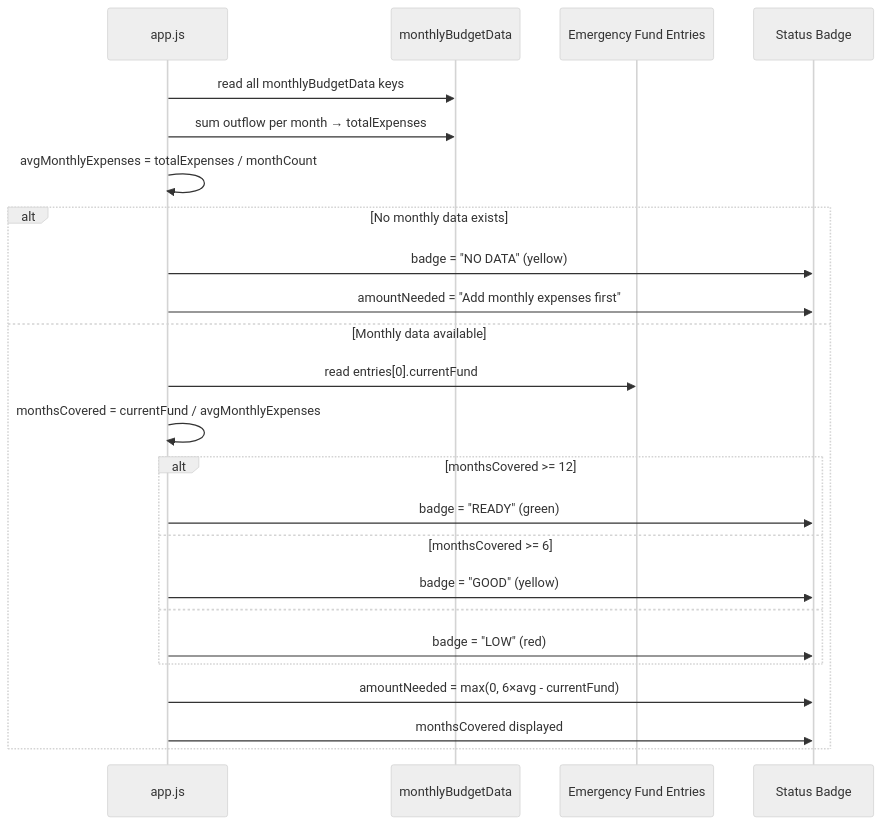
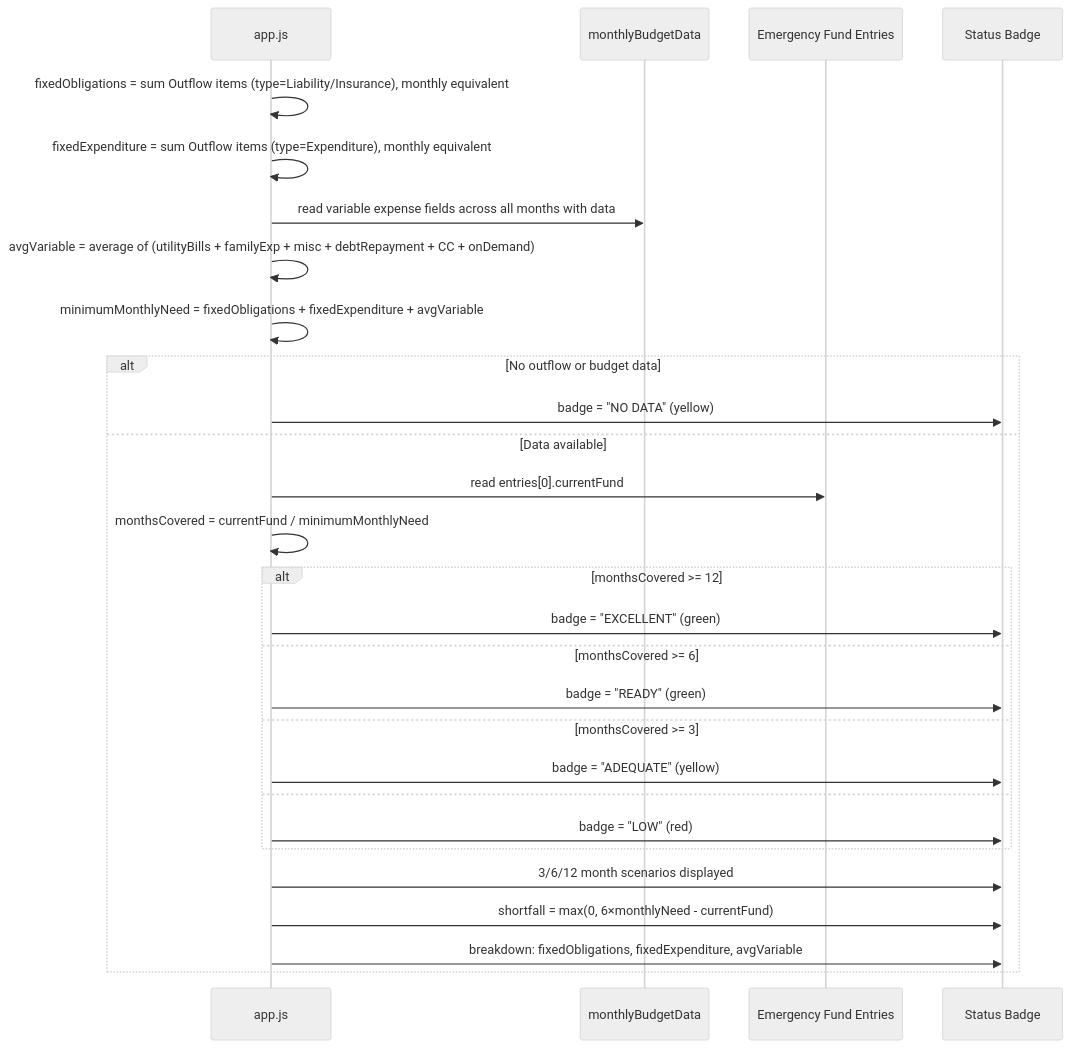
The tenth of 10 diagrams in architecture.md (mrunaldev/smart-financial-planning), drawn with Mermaid (neutral theme) before and after one commit. The commit also changed other lines of this file and 8 other files, not shown here.

````diff
--- a/architecture.md
+++ b/architecture.md
@@ -543,30 +549,34 @@
 ```mermaid
 sequenceDiagram
     participant App as app.js
     participant MB as monthlyBudgetData
     participant EF as Emergency Fund Entries
     participant UI as Status Badge
 
-    App->>MB: read all monthlyBudgetData keys
-    App->>MB: sum outflow per month → totalExpenses
-    App->>App: avgMonthlyExpenses = totalExpenses / monthCount
+    App->>App: fixedObligations = sum Outflow items (type=Liability/Insurance), monthly equivalent
+    App->>App: fixedExpenditure = sum Outflow items (type=Expenditure), monthly equivalent
+    App->>MB: read variable expense fields across all months with data
+    App->>App: avgVariable = average of (utilityBills + familyExp + misc + debtRepayment + CC + onDemand)
+    App->>App: minimumMonthlyNeed = fixedObligations + fixedExpenditure + avgVariable
 
-    alt No monthly data exists
+    alt No outflow or budget data
         App->>UI: badge = "NO DATA" (yellow)
-        App->>UI: amountNeeded = "Add monthly expenses first"
-    else Monthly data available
+    else Data available
         App->>EF: read entries[0].currentFund
-        App->>App: monthsCovered = currentFund / avgMonthlyExpenses
+        App->>App: monthsCovered = currentFund / minimumMonthlyNeed
 
         alt monthsCovered >= 12
+            App->>UI: badge = "EXCELLENT" (green)
+        else monthsCovered >= 6
             App->>UI: badge = "READY" (green)
-        else monthsCovered >= 6
-            App->>UI: badge = "GOOD" (yellow)
+        else monthsCovered >= 3
+            App->>UI: badge = "ADEQUATE" (yellow)
         else
             App->>UI: badge = "LOW" (red)
         end
 
-        App->>UI: amountNeeded = max(0, 6×avg - currentFund)
-        App->>UI: monthsCovered displayed
+        App->>UI: 3/6/12 month scenarios displayed
+        App->>UI: shortfall = max(0, 6×monthlyNeed - currentFund)
+        App->>UI: breakdown: fixedObligations, fixedExpenditure, avgVariable
     end
 ```
````
